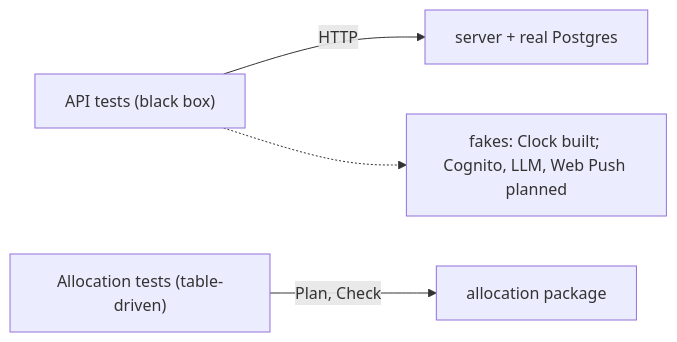
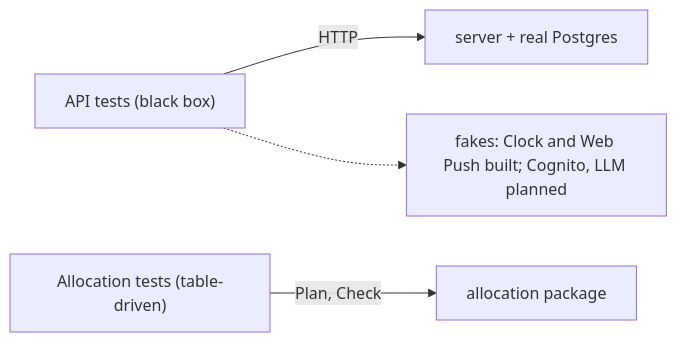
Before and after one commit to AbnerWillclefy/Homeowner: the third of 3 diagrams in docs/architecture/backend.md, drawn with Mermaid. The commit also changed other lines of this file and 7 other files, not shown here.

````diff
--- a/docs/architecture/backend.md
+++ b/docs/architecture/backend.md
@@ -79,6 +95,6 @@
 ```mermaid
 flowchart LR
     T1["API tests (black box)"] -->|HTTP| S["server + real Postgres"]
-    T1 -.-> F["fakes: Clock built; Cognito, LLM, Web Push planned"]
+    T1 -.-> F["fakes: Clock and Web Push built; Cognito, LLM planned"]
     T2["Allocation tests (table-driven)"] -->|Plan, Check| A["allocation package"]
 ```
````
